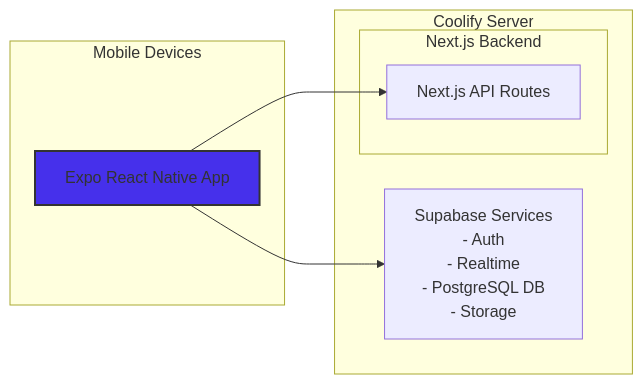
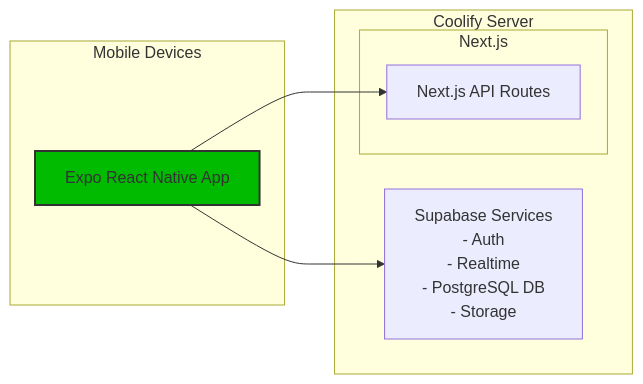
One commit to tao101/Self-Hosted-Next.js-Supabase-Fullstack-Starter-Template changed the second of 2 diagrams in architecture.md. Above: the diagram before and after it, drawn with Mermaid. The commit also changed other lines of this file and 1 other file, not shown here.

````diff
--- a/architecture.md
+++ b/architecture.md
@@ -63,17 +63,17 @@
 ```mermaid
 graph LR
 subgraph Coolify Server
-subgraph Next.js Backend
+subgraph Next.js
 C[Next.js API Routes]
 end
 D[Supabase Services<br/>- Auth<br/>- Realtime<br/>- PostgreSQL DB<br/>- Storage]
 end
 
 subgraph Mobile Devices
 E[Expo React Native App]
 end
 
 E --> C
 E --> D
-style E fill:#4630eb,stroke:#333,stroke-width:2px
+style E fill:#0b0,stroke:#333,stroke-width:2px
 ```
````
